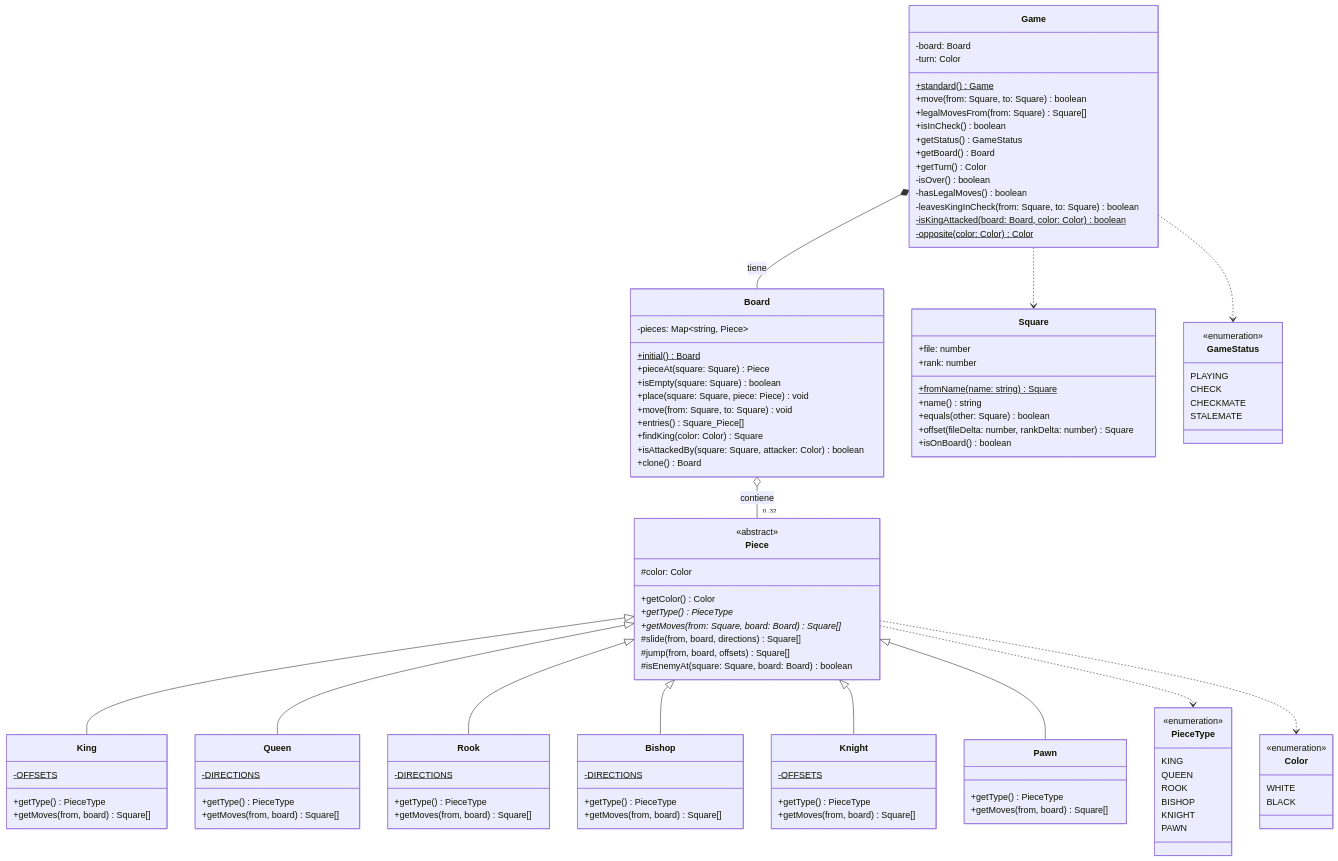
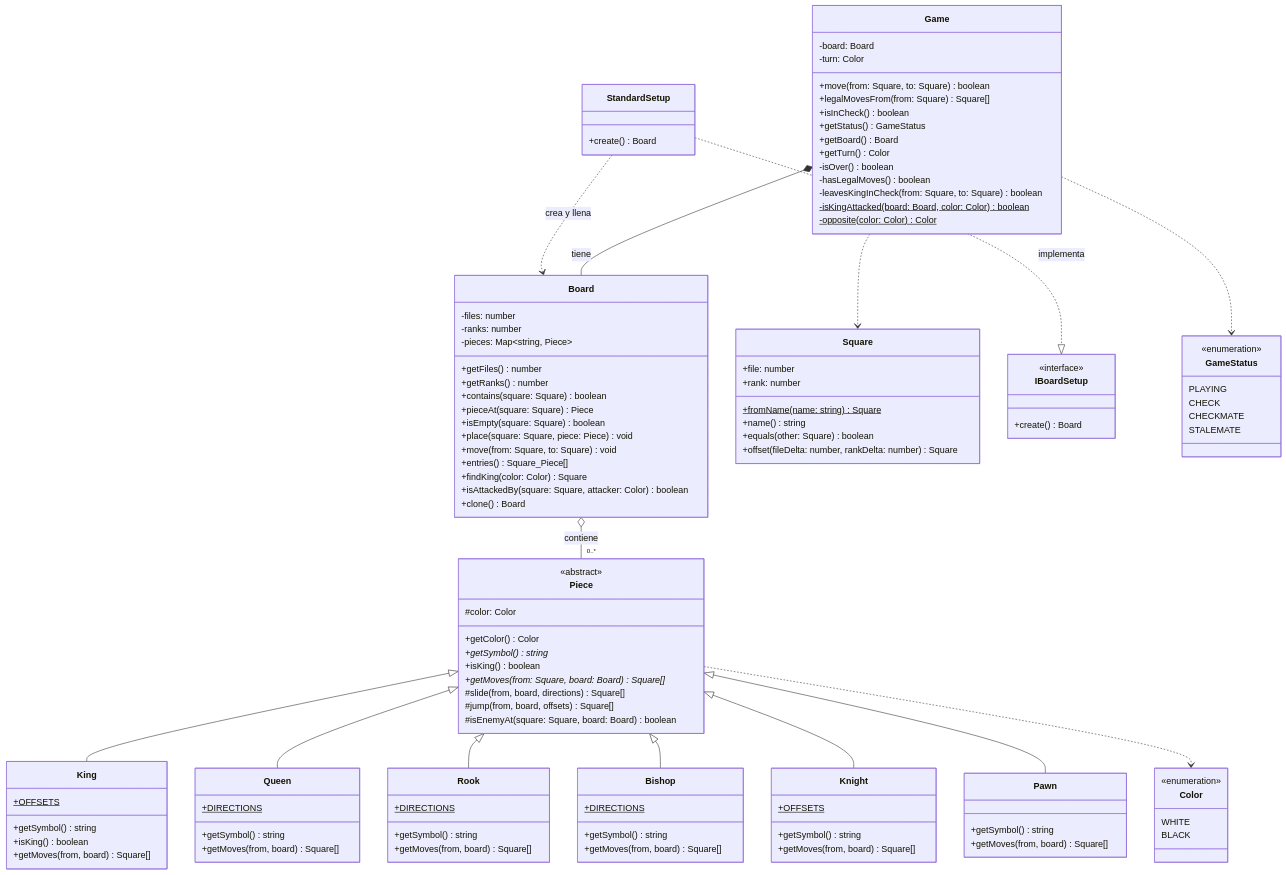
One commit to G-Mazzeo/ajedrez_tp_inge_software changed the third of 3 diagrams in docs/diagrama-clases.md. Above: the diagram before and after it, drawn with Mermaid. The commit also changed other lines of this file and 28 other files, not shown here.

````diff
--- a/docs/diagrama-clases.md
+++ b/docs/diagrama-clases.md
@@ -168,7 +185,6 @@
   class Game {
     -board: Board
     -turn: Color
-    +standard()$ Game
     +move(from: Square, to: Square) boolean
     +legalMovesFrom(from: Square) Square[]
     +isInCheck() boolean
@@ -182,8 +198,12 @@
     -opposite(color: Color)$ Color
   }
   class Board {
+    -files: number
+    -ranks: number
     -pieces: Map~string, Piece~
-    +initial()$ Board
+    +getFiles() number
+    +getRanks() number
+    +contains(square: Square) boolean
     +pieceAt(square: Square) Piece
     +isEmpty(square: Square) boolean
     +place(square: Square, piece: Piece) void
@@ -200,45 +220,46 @@
     +name() string
     +equals(other: Square) boolean
     +offset(fileDelta: number, rankDelta: number) Square
-    +isOnBoard() boolean
   }
   class Piece {
     <<abstract>>
     #color: Color
     +getColor() Color
-    +getType()* PieceType
+    +getSymbol()* string
+    +isKing() boolean
     +getMoves(from: Square, board: Board)* Square[]
     #slide(from, board, directions) Square[]
     #jump(from, board, offsets) Square[]
     #isEnemyAt(square: Square, board: Board) boolean
   }
   class King {
-    -OFFSETS$
-    +getType() PieceType
+    +OFFSETS$
+    +getSymbol() string
+    +isKing() boolean
     +getMoves(from, board) Square[]
   }
   class Queen {
-    -DIRECTIONS$
-    +getType() PieceType
+    +DIRECTIONS$
+    +getSymbol() string
     +getMoves(from, board) Square[]
   }
   class Rook {
-    -DIRECTIONS$
-    +getType() PieceType
+    +DIRECTIONS$
+    +getSymbol() string
     +getMoves(from, board) Square[]
   }
   class Bishop {
-    -DIRECTIONS$
-    +getType() PieceType
+    +DIRECTIONS$
+    +getSymbol() string
     +getMoves(from, board) Square[]
   }
   class Knight {
-    -OFFSETS$
-    +getType() PieceType
+    +OFFSETS$
+    +getSymbol() string
     +getMoves(from, board) Square[]
   }
   class Pawn {
-    +getType() PieceType
+    +getSymbol() string
     +getMoves(from, board) Square[]
   }
   class Color {
@@ -246,14 +267,12 @@
     WHITE
     BLACK
   }
-  class PieceType {
-    <<enumeration>>
-    KING
-    QUEEN
-    ROOK
-    BISHOP
-    KNIGHT
-    PAWN
+  class IBoardSetup {
+    <<interface>>
+    +create() Board
+  }
+  class StandardSetup {
+    +create() Board
   }
   class GameStatus {
     <<enumeration>>
@@ -264,7 +283,9 @@
   }
 
   Game *-- Board : tiene
-  Board o-- "0..32" Piece : contiene
+  Board o-- "0..*" Piece : contiene
+  StandardSetup ..|> IBoardSetup : implementa
+  StandardSetup ..> Board : crea y llena
   Piece <|-- King
   Piece <|-- Queen
   Piece <|-- Rook
@@ -273,6 +294,5 @@
   Piece <|-- Pawn
   Game ..> GameStatus
   Game ..> Square
-  Piece ..> PieceType
   Piece ..> Color
 ```
````
